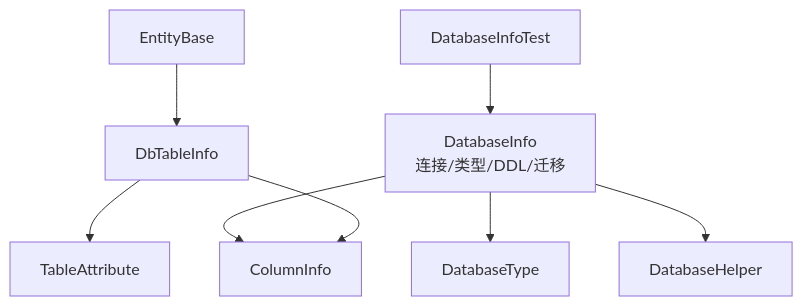
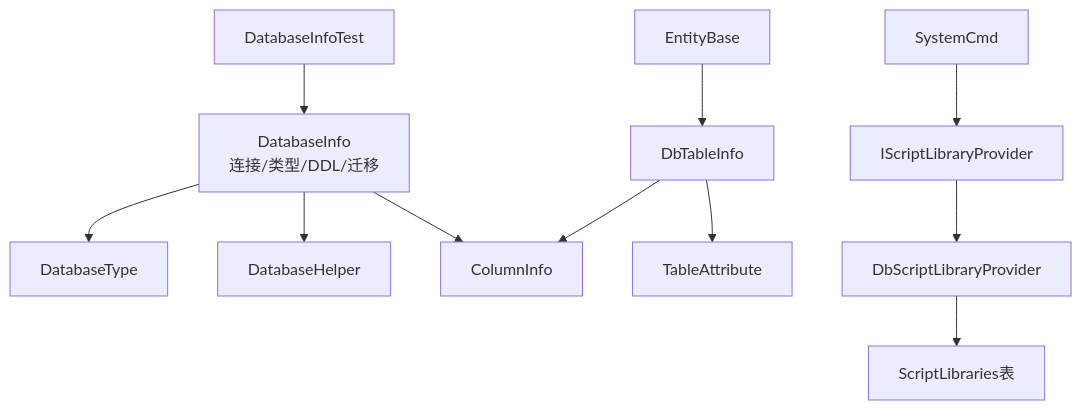
The second of 9 diagrams in .qoder/repowiki/zh/content/数据模型设计/数据库表结构.md (Sosososolong/AirGo), drawn with Mermaid before and after one commit. The commit also changed other lines of this file and 5 other files, not shown here.

````diff
--- a/.qoder/repowiki/zh/content/数据模型设计/数据库表结构.md
+++ b/.qoder/repowiki/zh/content/数据模型设计/数据库表结构.md
@@ -127,18 +163,25 @@
 ```mermaid
 graph TB
 DI["DatabaseInfo<br/>连接/类型/DDL/迁移"]
 DT["DatabaseType"]
 DH["DatabaseHelper"]
 CI["ColumnInfo"]
 TA["TableAttribute"]
 Dti["DbTableInfo<T>"]
 EB["EntityBase<T>"]
+ISP["IScriptLibraryProvider"]
+DSP["DbScriptLibraryProvider"]
+SC["SystemCmd"]
+SLT["ScriptLibraries表"]
 Tst["DatabaseInfoTest"]
 DI --> DT
 DI --> CI
 DI --> DH
 Dti --> TA
 Dti --> CI
 EB --> Dti
+ISP --> DSP
+DSP --> SLT
+SC --> ISP
 Tst --> DI
 ```
````
